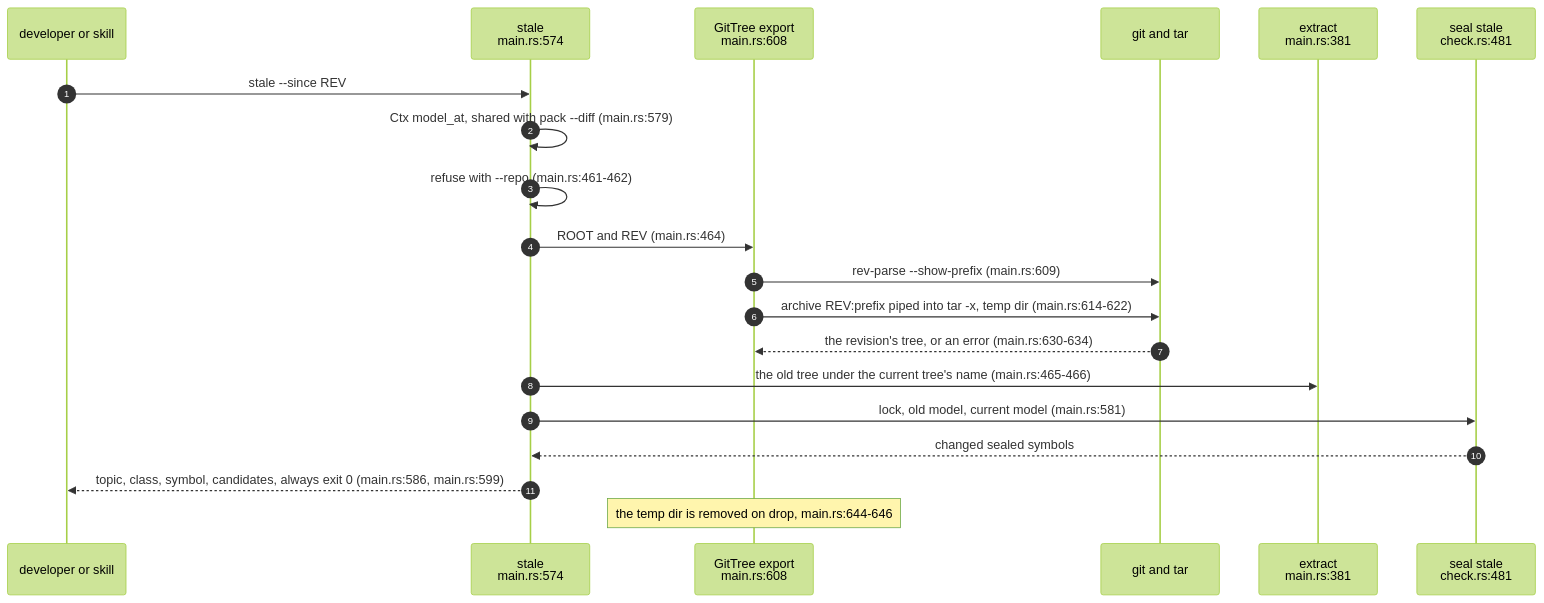
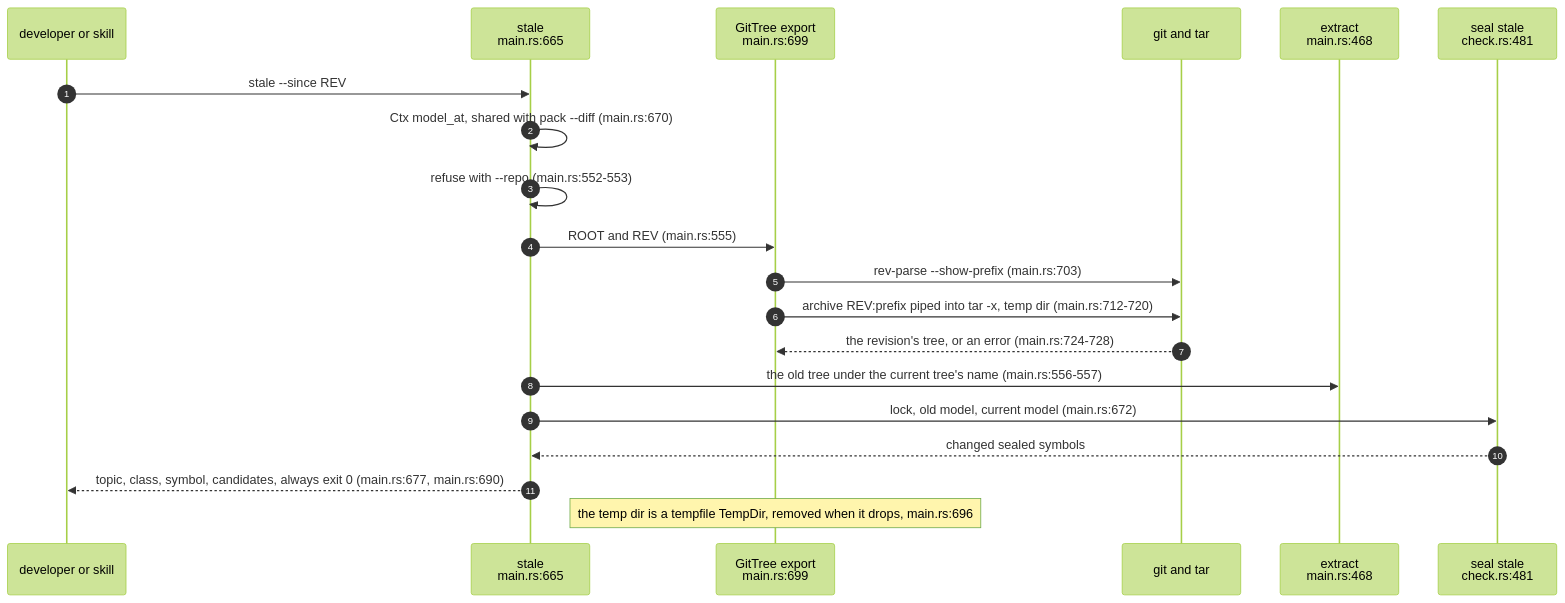
One commit to DreamLab-AI/VisionFlow changed the second of 4 diagrams in docs/diagrams/sealmap/16-the-seal-commands.md. Above: the diagram before and after it, drawn with Mermaid (forest theme). The commit also changed other lines of this file and 59 other files, not shown here.

First line of the commit message:
docs(diagrams): re-derive and re-stamp forum, website, pod, ontomark and sealmap topics

````diff
--- a/docs/diagrams/sealmap/16-the-seal-commands.md
+++ b/docs/diagrams/sealmap/16-the-seal-commands.md
@@ -79,22 +81,22 @@
 ```mermaid
 sequenceDiagram
     autonumber
     participant US as developer or skill
-    participant ST as stale<br/>main.rs:574
-    participant GT as GitTree export<br/>main.rs:608
+    participant ST as stale<br/>main.rs:665
+    participant GT as GitTree export<br/>main.rs:699
     participant GI as git and tar
-    participant EX as extract<br/>main.rs:381
+    participant EX as extract<br/>main.rs:468
     participant LB as seal stale<br/>check.rs:481
     US->>ST: stale --since REV
-    ST->>ST: Ctx model_at, shared with pack --diff (main.rs:579)
-    ST->>ST: refuse with --repo (main.rs:461-462)
-    ST->>GT: ROOT and REV (main.rs:464)
-    GT->>GI: rev-parse --show-prefix (main.rs:609)
-    GT->>GI: archive REV:prefix piped into tar -x, temp dir (main.rs:614-622)
-    GI-->>GT: the revision's tree, or an error (main.rs:630-634)
-    ST->>EX: the old tree under the current tree's name (main.rs:465-466)
-    ST->>LB: lock, old model, current model (main.rs:581)
+    ST->>ST: Ctx model_at, shared with pack --diff (main.rs:670)
+    ST->>ST: refuse with --repo (main.rs:552-553)
+    ST->>GT: ROOT and REV (main.rs:555)
+    GT->>GI: rev-parse --show-prefix (main.rs:703)
+    GT->>GI: archive REV:prefix piped into tar -x, temp dir (main.rs:712-720)
+    GI-->>GT: the revision's tree, or an error (main.rs:724-728)
+    ST->>EX: the old tree under the current tree's name (main.rs:556-557)
+    ST->>LB: lock, old model, current model (main.rs:672)
     LB-->>ST: changed sealed symbols
-    ST-->>US: topic, class, symbol, candidates, always exit 0 (main.rs:586, main.rs:599)
-    Note over GT: the temp dir is removed on drop, main.rs:644-646
+    ST-->>US: topic, class, symbol, candidates, always exit 0 (main.rs:677, main.rs:690)
+    Note over GT: the temp dir is a tempfile TempDir, removed when it drops, main.rs:696
 ```
````
